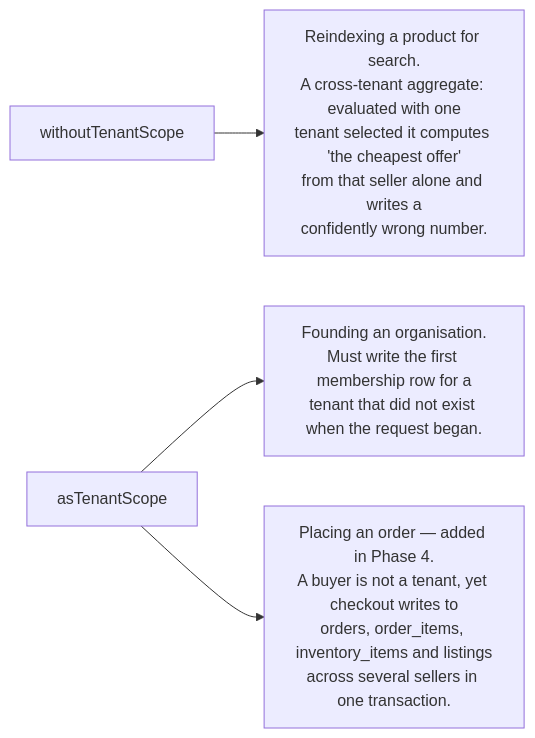
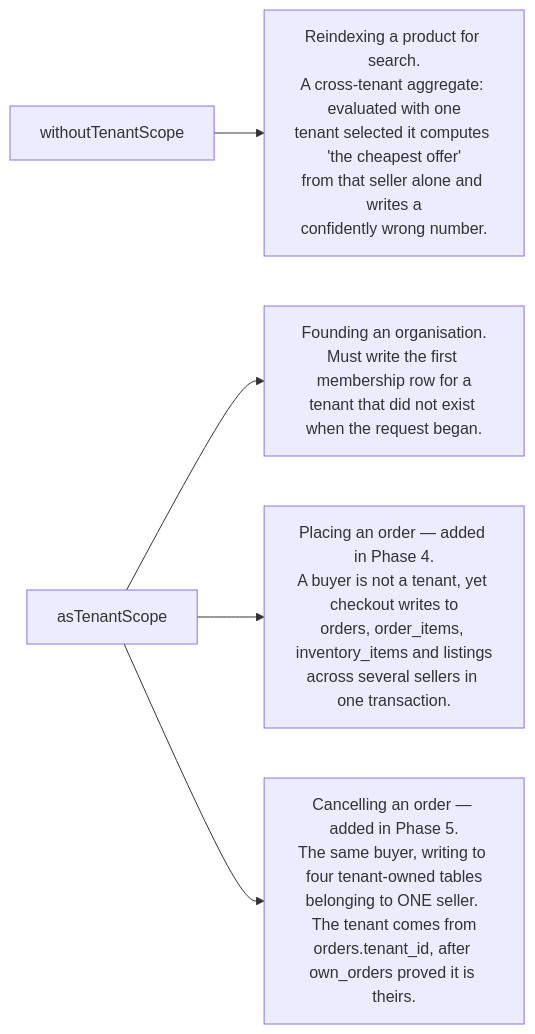
The fourth of 15 diagrams in docs/SYSTEM-DESIGN.md (iamshihab2020/hossain-pharma), drawn with Mermaid before and after one commit. The commit also changed other lines of this file and 4 other files, not shown here.

````diff
--- a/docs/SYSTEM-DESIGN.md
+++ b/docs/SYSTEM-DESIGN.md
@@ -267,6 +267,7 @@
 ```mermaid
 flowchart LR
     A["withoutTenantScope"] --> A1["Reindexing a product for search.<br/>A cross-tenant aggregate: evaluated with one<br/>tenant selected it computes 'the cheapest offer'<br/>from that seller alone and writes a<br/>confidently wrong number."]
     B["asTenantScope"] --> B1["Founding an organisation.<br/>Must write the first membership row for a<br/>tenant that did not exist when the request began."]
     B --> B2["Placing an order — added in Phase 4.<br/>A buyer is not a tenant, yet checkout writes to<br/>orders, order_items, inventory_items and listings<br/>across several sellers in one transaction."]
+    B --> B3["Cancelling an order — added in Phase 5.<br/>The same buyer, writing to four tenant-owned tables<br/>belonging to ONE seller. The tenant comes from<br/>orders.tenant_id, after own_orders proved it is theirs."]
 ```
````
